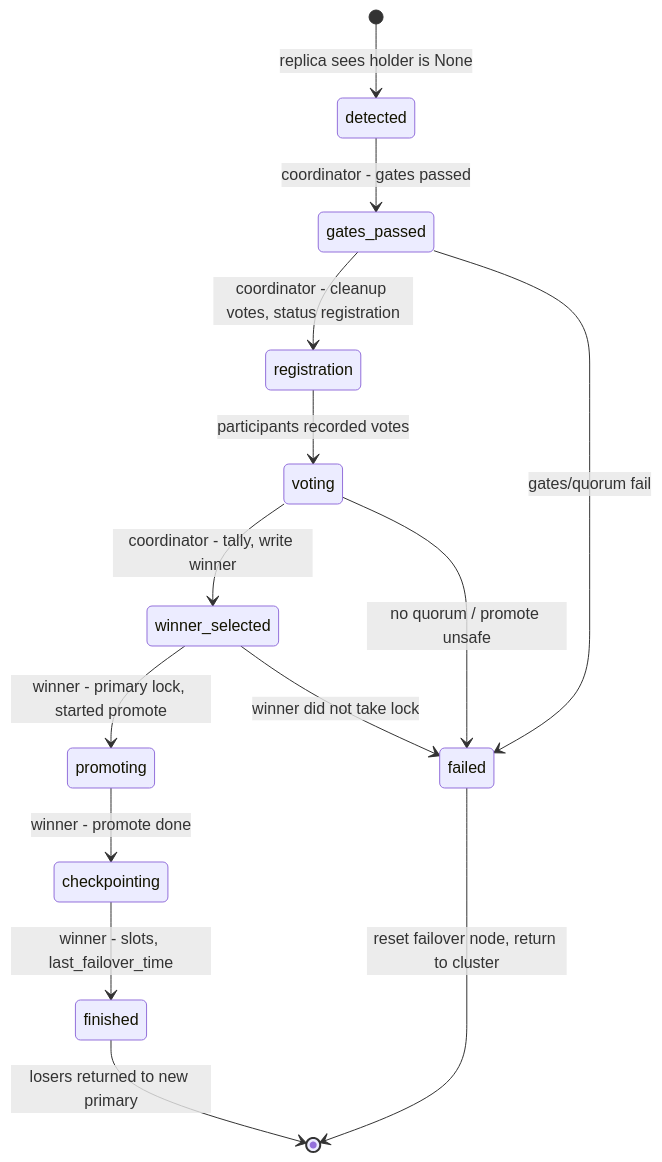
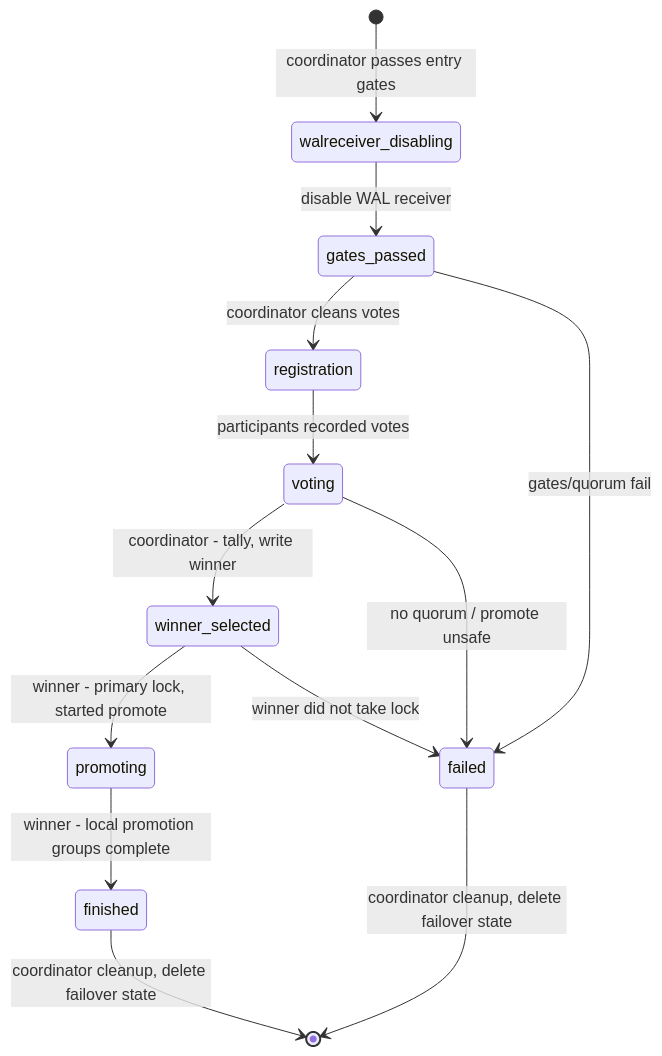
Before and after one commit to yandex/pgconsul: the diagram in adr/ADR-0007-failover-state-machine.md, drawn with Mermaid. The commit also changed other lines of this file and 101 other files, not shown here.

First line of the commit message:
Make failover and switchover blocking with local state (#214)

````diff
--- a/adr/ADR-0007-failover-state-machine.md
+++ b/adr/ADR-0007-failover-state-machine.md
@@ -79,16 +87,15 @@
 ```mermaid
 stateDiagram-v2
-    [*] --> detected : replica sees holder is None
-    detected --> gates_passed : coordinator - gates passed
-    gates_passed --> registration : coordinator - cleanup votes, status registration
+    [*] --> walreceiver_disabling : coordinator passes entry gates
+    walreceiver_disabling --> gates_passed : disable WAL receiver
+    gates_passed --> registration : coordinator cleans votes
     registration --> voting : participants recorded votes
     voting --> winner_selected : coordinator - tally, write winner
     winner_selected --> promoting : winner - primary lock, started promote
-    promoting --> checkpointing : winner - promote done
-    checkpointing --> finished : winner - slots, last_failover_time
-    finished --> [*] : losers returned to new primary
+    promoting --> finished : winner - local promotion groups complete
+    finished --> [*] : coordinator cleanup, delete failover state
     gates_passed --> failed : gates/quorum fail
     voting --> failed : no quorum / promote unsafe
     winner_selected --> failed : winner did not take lock
-    failed --> [*] : reset failover node, return to cluster
+    failed --> [*] : coordinator cleanup, delete failover state
 ```
````
